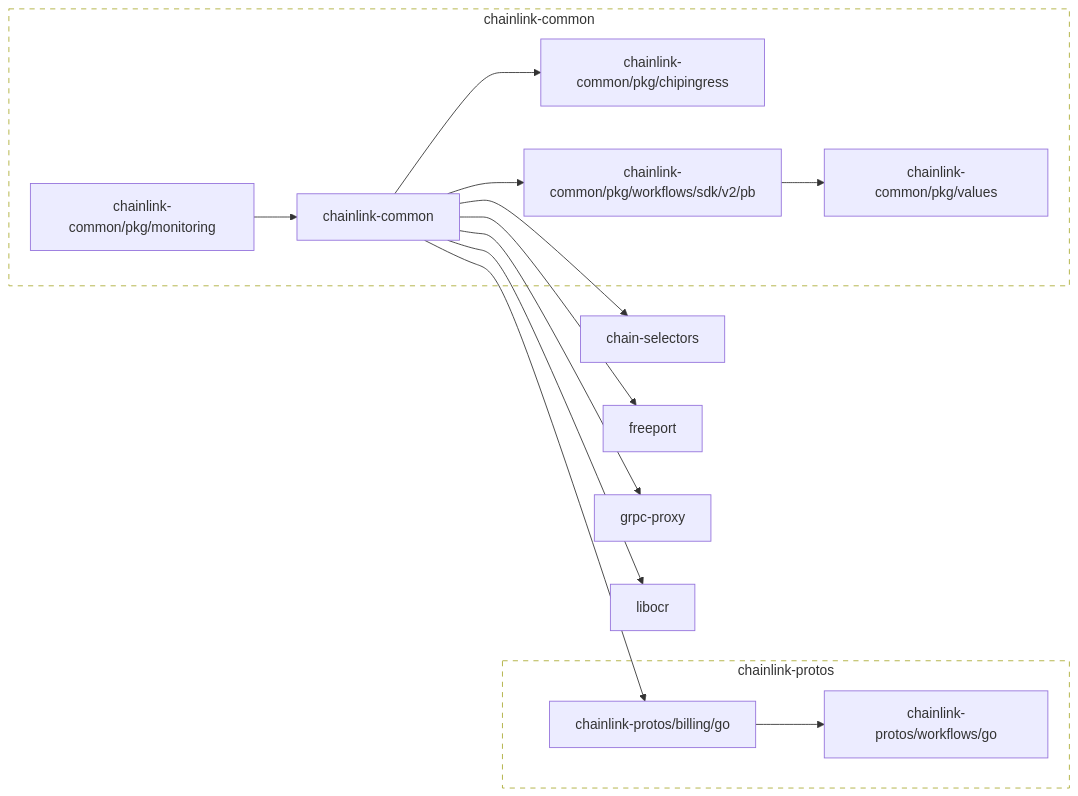
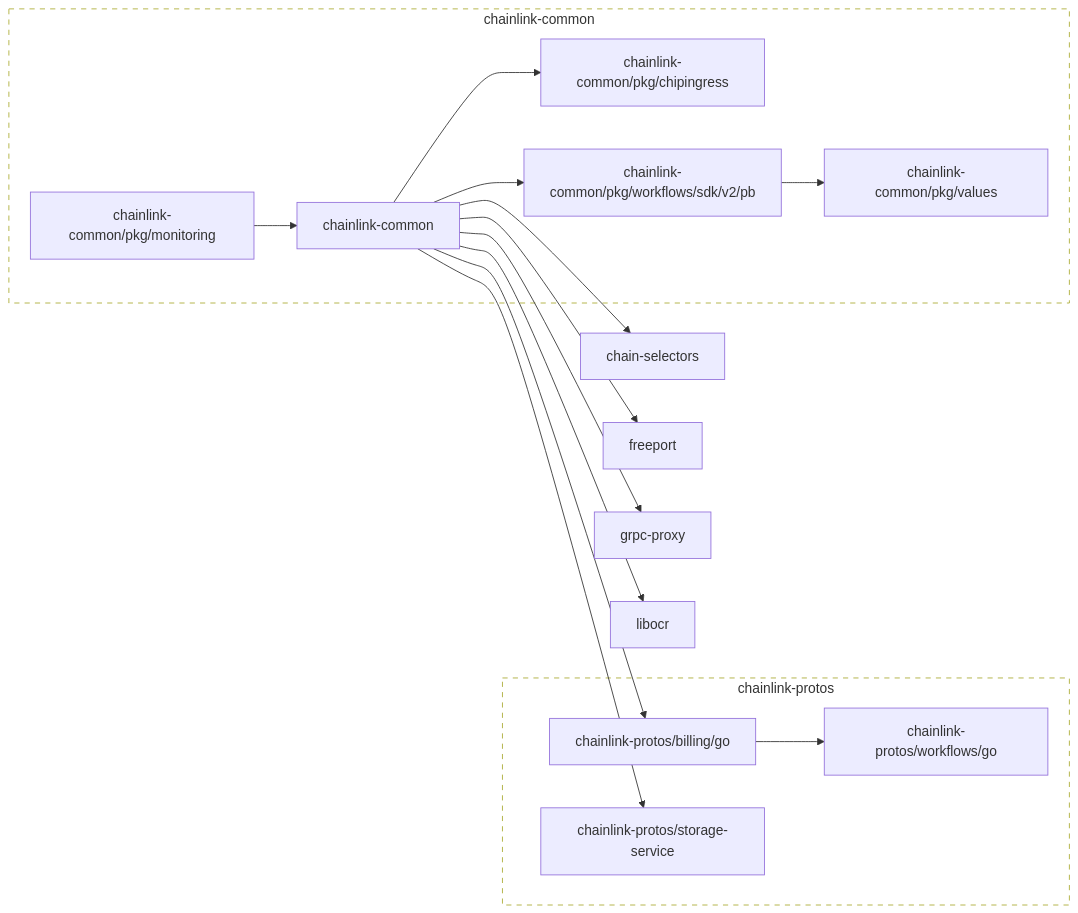
One commit to smartcontractkit/chainlink-common changed the diagram in go.md. Above: the diagram before and after it, drawn with Mermaid. The commit also changed 1 other file, not shown here.

Commit message:
Regenerate & amend typo

````diff
--- a/go.md
+++ b/go.md
@@ -2,50 +2,54 @@
 ```mermaid
 flowchart LR
 
 	chain-selectors
 	click chain-selectors href "https://github.com/smartcontractkit/chain-selectors"
 	chainlink-common --> chain-selectors
 	chainlink-common --> chainlink-common/pkg/chipingress
 	chainlink-common --> chainlink-common/pkg/workflows/sdk/v2/pb
 	chainlink-common --> chainlink-protos/billing/go
+	chainlink-common --> chainlink-protos/storage-service
 	chainlink-common --> freeport
 	chainlink-common --> grpc-proxy
 	chainlink-common --> libocr
 	click chainlink-common href "https://github.com/smartcontractkit/chainlink-common"
 	chainlink-common/pkg/chipingress
 	click chainlink-common/pkg/chipingress href "https://github.com/smartcontractkit/chainlink-common"
 	chainlink-common/pkg/monitoring --> chainlink-common
 	click chainlink-common/pkg/monitoring href "https://github.com/smartcontractkit/chainlink-common"
 	chainlink-common/pkg/values
 	click chainlink-common/pkg/values href "https://github.com/smartcontractkit/chainlink-common"
 	chainlink-common/pkg/workflows/sdk/v2/pb --> chainlink-common/pkg/values
 	click chainlink-common/pkg/workflows/sdk/v2/pb href "https://github.com/smartcontractkit/chainlink-common"
 	chainlink-protos/billing/go --> chainlink-protos/workflows/go
 	click chainlink-protos/billing/go href "https://github.com/smartcontractkit/chainlink-protos"
+	chainlink-protos/storage-service
+	click chainlink-protos/storage-service href "https://github.com/smartcontractkit/chainlink-protos"
 	chainlink-protos/workflows/go
 	click chainlink-protos/workflows/go href "https://github.com/smartcontractkit/chainlink-protos"
 	freeport
 	click freeport href "https://github.com/smartcontractkit/freeport"
 	grpc-proxy
 	click grpc-proxy href "https://github.com/smartcontractkit/grpc-proxy"
 	libocr
 	click libocr href "https://github.com/smartcontractkit/libocr"
 
 	subgraph chainlink-common-repo[chainlink-common]
 		 chainlink-common
 		 chainlink-common/pkg/chipingress
 		 chainlink-common/pkg/monitoring
 		 chainlink-common/pkg/values
 		 chainlink-common/pkg/workflows/sdk/v2/pb
 	end
 	click chainlink-common-repo href "https://github.com/smartcontractkit/chainlink-common"
 
 	subgraph chainlink-protos-repo[chainlink-protos]
 		 chainlink-protos/billing/go
+		 chainlink-protos/storage-service
 		 chainlink-protos/workflows/go
 	end
 	click chainlink-protos-repo href "https://github.com/smartcontractkit/chainlink-protos"
 
 	classDef outline stroke-dasharray:6,fill:none;
 	class chainlink-common-repo,chainlink-protos-repo outline
 ```
````
